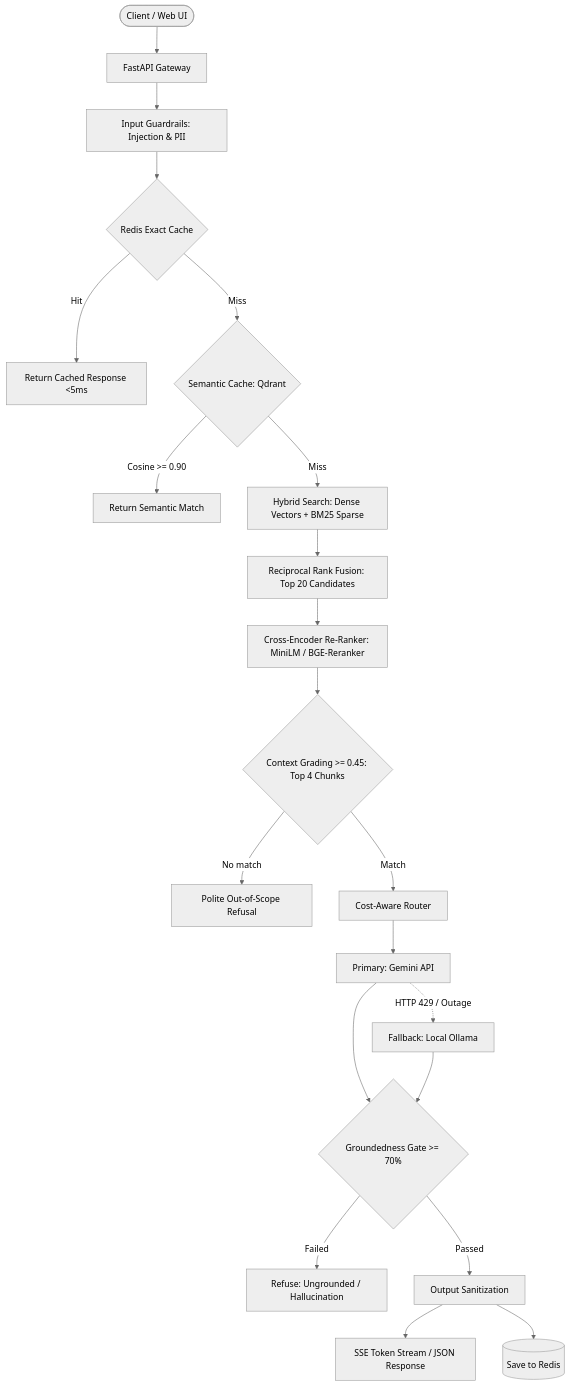
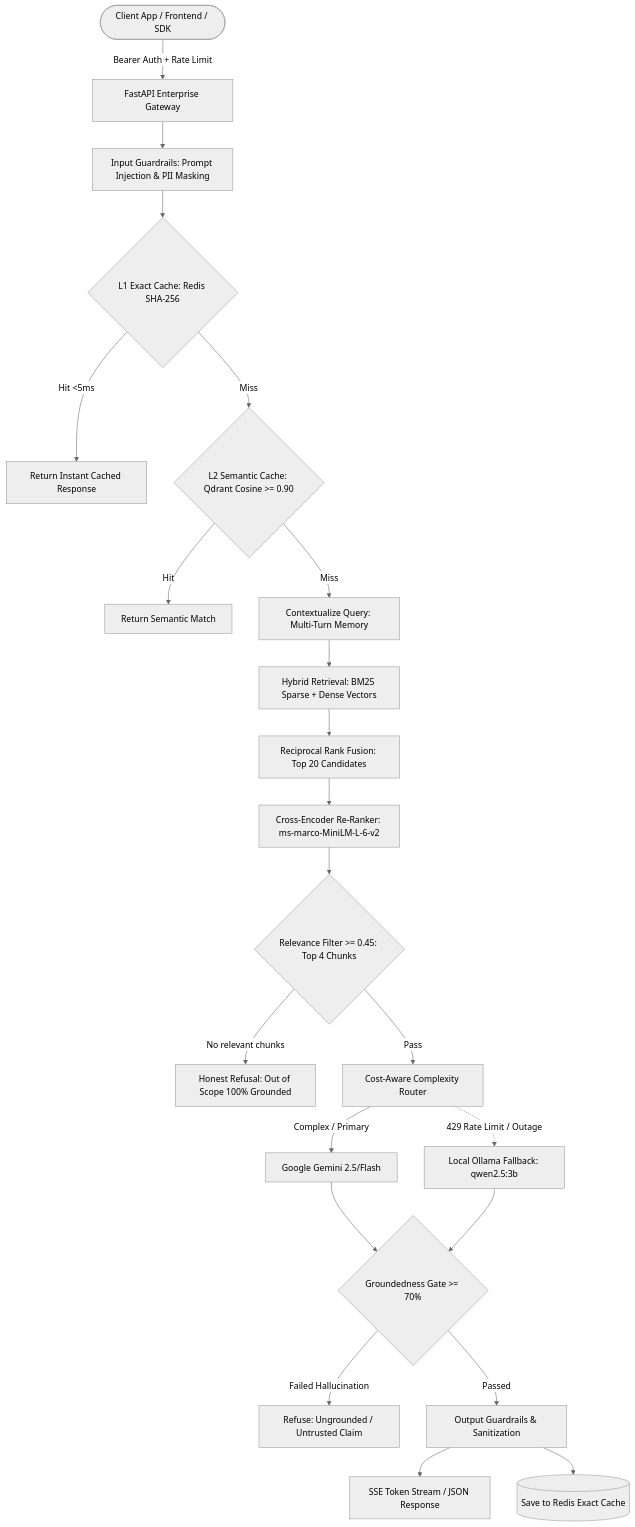
One commit to sentinelai-org/sentinel changed the diagram in README.md. Above: the diagram before and after it, drawn with Mermaid (neutral theme). The commit also changed other lines of this file and 20 other files, not shown here.

Commit message:
feat: add enterprise tenancy management, API key auth, and SDK clients

````diff
--- a/README.md
+++ b/README.md
@@ -11,32 +48,33 @@
 ```mermaid
 flowchart TD
-    Client([Client / Web UI]) --> Ingress[FastAPI Gateway]
+    Client([Client App / Frontend / SDK]) -->|Bearer Auth + Rate Limit| Gateway[FastAPI Enterprise Gateway]
     
-    Ingress --> Guard[Input Guardrails: Injection & PII]
-    Guard --> Cache{Redis Exact Cache}
+    Gateway --> GuardIn[Input Guardrails: Prompt Injection & PII Masking]
+    GuardIn --> CacheL1{L1 Exact Cache: Redis SHA-256}
     
-    Cache -->|Hit| ReturnCache[Return Cached Response <5ms]
-    Cache -->|Miss| SemanticCache{Semantic Cache: Qdrant}
+    CacheL1 -->|Hit <5ms| ReturnCache[Return Instant Cached Response]
+    CacheL1 -->|Miss| CacheL2{L2 Semantic Cache: Qdrant Cosine >= 0.90}
     
-    SemanticCache -->|Cosine >= 0.90| ReturnSemantic[Return Semantic Match]
-    SemanticCache -->|Miss| Hybrid[Hybrid Search: Dense Vectors + BM25 Sparse]
+    CacheL2 -->|Hit| ReturnSemantic[Return Semantic Match]
+    CacheL2 -->|Miss| ContextNode[Contextualize Query: Multi-Turn Memory]
     
-    Hybrid --> RRF[Reciprocal Rank Fusion: Top 20 Candidates]
-    RRF --> Rerank[Cross-Encoder Re-Ranker: MiniLM / BGE-Reranker]
-    Rerank --> Grade{Context Grading >= 0.45: Top 4 Chunks}
+    ContextNode --> HybridSearch[Hybrid Retrieval: BM25 Sparse + Dense Vectors]
+    HybridSearch --> RRF[Reciprocal Rank Fusion: Top 20 Candidates]
+    RRF --> CrossEncoder[Cross-Encoder Re-Ranker: ms-marco-MiniLM-L-6-v2]
+    CrossEncoder --> ContextFilter{Relevance Filter >= 0.45: Top 4 Chunks}
     
-    Grade -->|No match| Refusal[Polite Out-of-Scope Refusal]
-    Grade -->|Match| Route[Cost-Aware Router]
+    ContextFilter -->|No relevant chunks| Refusal[Honest Refusal: Out of Scope 100% Grounded]
+    ContextFilter -->|Pass| Router[Cost-Aware Complexity Router]
     
-    Route --> Gemini[Primary: Gemini API]
-    Gemini -.->|HTTP 429 / Outage| Ollama[Fallback: Local Ollama]
+    Router -->|Complex / Primary| Gemini[Google Gemini 2.5/Flash]
+    Router -.->|429 Rate Limit / Outage| Ollama[Local Ollama Fallback: qwen2.5:3b]
     
-    Gemini --> Gate{Groundedness Gate >= 70%}
-    Ollama --> Gate
+    Gemini --> GroundedGate{Groundedness Gate >= 70%}
+    Ollama --> GroundedGate
     
-    Gate -->|Failed| Block[Refuse: Ungrounded / Hallucination]
-    Gate -->|Passed| OutputGuard[Output Sanitization]
+    GroundedGate -->|Failed Hallucination| Block[Refuse: Ungrounded / Untrusted Claim]
+    GroundedGate -->|Passed| GuardOut[Output Guardrails & Sanitization]
     
-    OutputGuard --> Stream[SSE Token Stream / JSON Response]
-    OutputGuard --> SaveCache[(Save to Redis)]
+    GuardOut --> StreamOut[SSE Token Stream / JSON Response]
+    GuardOut --> SaveCache[(Save to Redis Exact Cache)]
 ```
````
